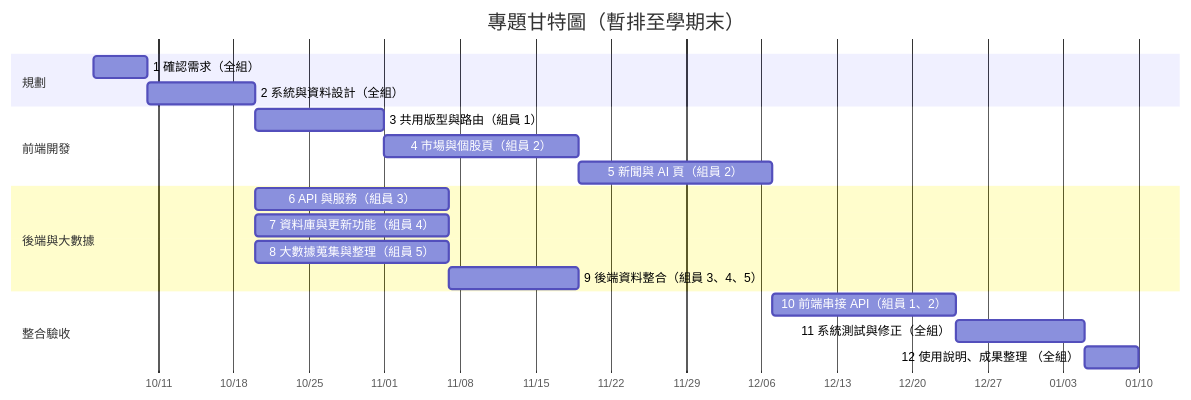
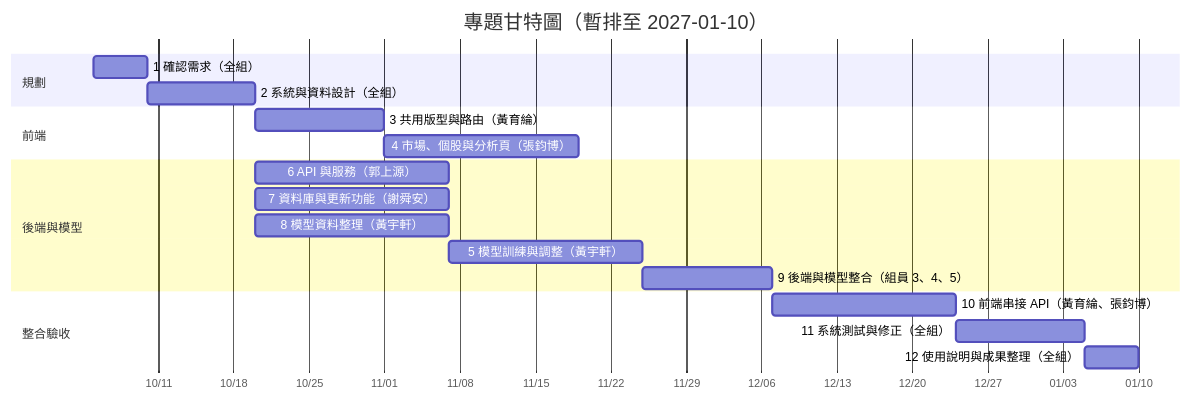
Before and after one commit to c113118204-cpu/Teamproject: the first of 2 diagrams in hw2.md, drawn with Mermaid. The commit also changed other lines of this file, not shown here.

````diff
--- a/hw2.md
+++ b/hw2.md
@@ -40,22 +32,22 @@
 ```mermaid
 gantt
-    title 專題甘特圖（暫排至學期末）
+    title 專題甘特圖（暫排至 2027-01-10）
     dateFormat YYYY-MM-DD
     axisFormat %m/%d
     section 規劃
     1 確認需求（全組） :t1, 2026-10-05, 5d
     2 系統與資料設計（全組） :t2, after t1, 10d
-    section 前端開發
-    3 共用版型與路由（組員 1） :t3, after t2, 12d
-    4 市場與個股頁（組員 2） :t4, after t3, 18d
-    5 新聞與 AI 頁（組員 2） :t5, after t4, 18d
-    section 後端與大數據
-    6 API 與服務（組員 3） :t6, after t2, 18d
-    7 資料庫與更新功能（組員 4） :t7, after t2, 18d
-    8 大數據蒐集與整理（組員 5） :t8, after t2, 18d
-    9 後端資料整合（組員 3、4、5） :t9, after t8, 12d
+    section 前端
+    3 共用版型與路由（黃育綸） :t3, after t2, 12d
+    4 市場、個股與分析頁（張鈞博） :t4, after t3, 18d
+    section 後端與模型
+    6 API 與服務（郭上源） :t6, after t2, 18d
+    7 資料庫與更新功能（謝舜安） :t7, after t2, 18d
+    8 模型資料整理（黃宇軒） :t8, after t2, 18d
+    5 模型訓練與調整（黃宇軒） :t5, after t8, 18d
+    9 後端與模型整合（組員 3、4、5） :t9, after t5, 12d
     section 整合驗收
-    10 前端串接 API（組員 1、2） :t10, after t5, 17d
+    10 前端串接 API（黃育綸、張鈞博） :t10, after t9, 17d
     11 系統測試與修正（全組） :t11, after t10, 12d
-    12 使用說明、成果整理 （全組） :t12, after t11, 5d
+    12 使用說明與成果整理（全組） :t12, after t11, 5d
 ```
````
